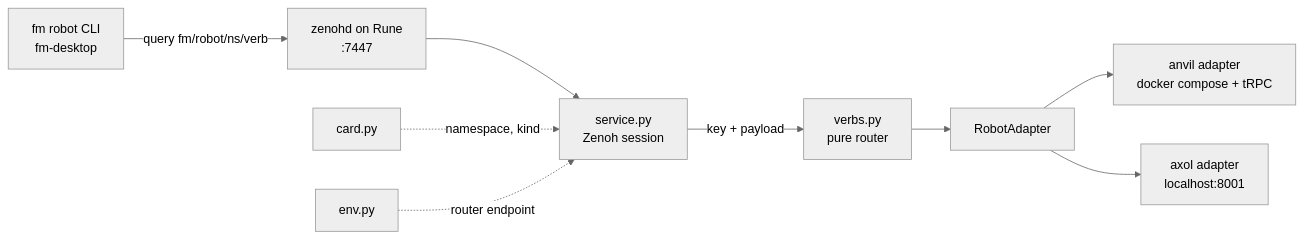
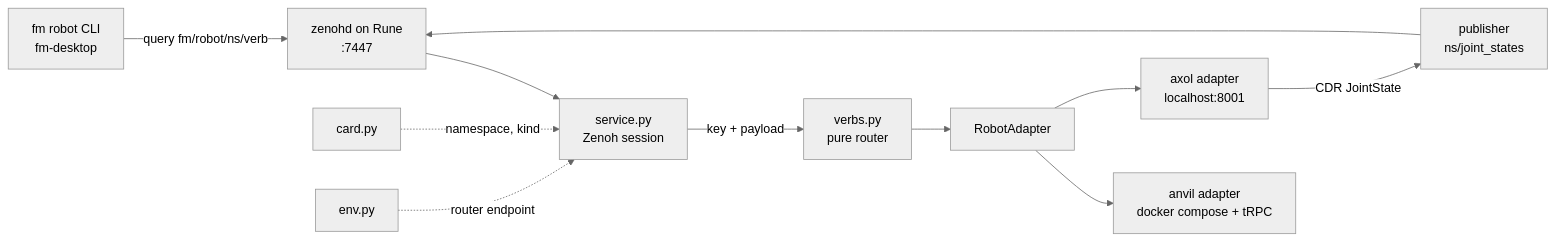
The diagram in src/fm_robot_agent/README.md (first-motive/fm-robot-agent), drawn with Mermaid (neutral theme) before and after one commit. The commit also changed other lines of this file and 5 other files, not shown here.

````diff
--- a/src/fm_robot_agent/README.md
+++ b/src/fm_robot_agent/README.md
@@ -15,11 +15,12 @@
 ```mermaid
 flowchart LR
     D[fm robot CLI<br/>fm-desktop] -->|query fm/robot/ns/verb| R[zenohd on Rune<br/>:7447]
     R --> S[service.py<br/>Zenoh session]
     S -->|key + payload| V[verbs.py<br/>pure router]
     V --> A[RobotAdapter]
     A --> AN[anvil adapter<br/>docker compose + tRPC]
     A --> AX[axol adapter<br/>localhost:8001]
+    AX -->|CDR JointState| P[publisher<br/>ns/joint_states] --> R
     C[card.py] -.->|namespace, kind| S
     E[env.py] -.->|router endpoint| S
 ```
````
